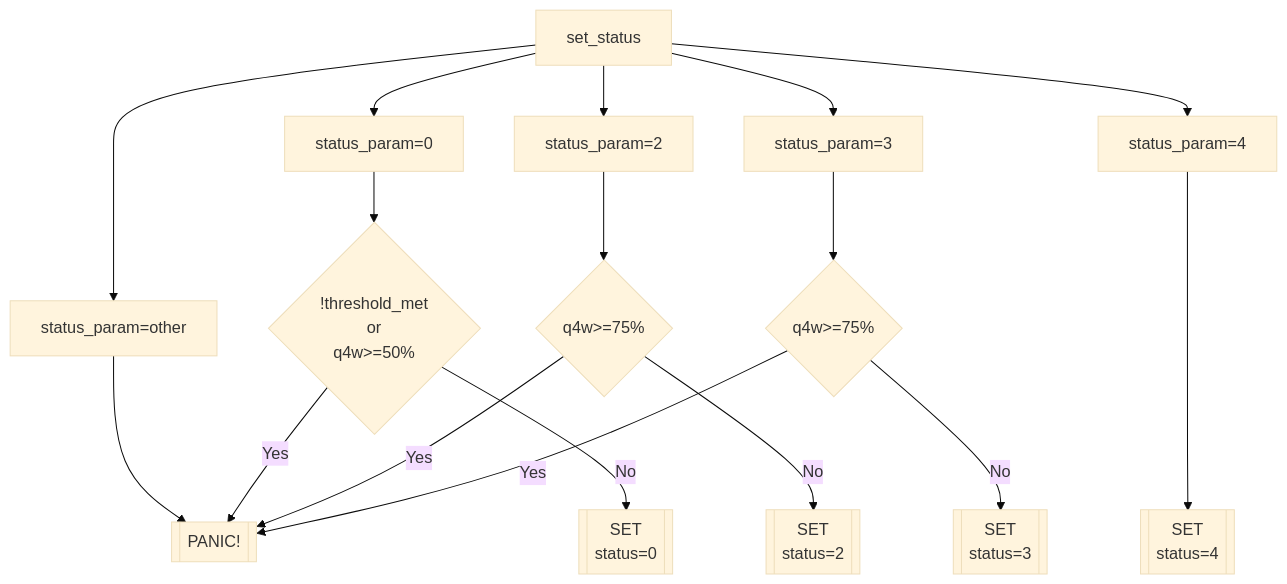
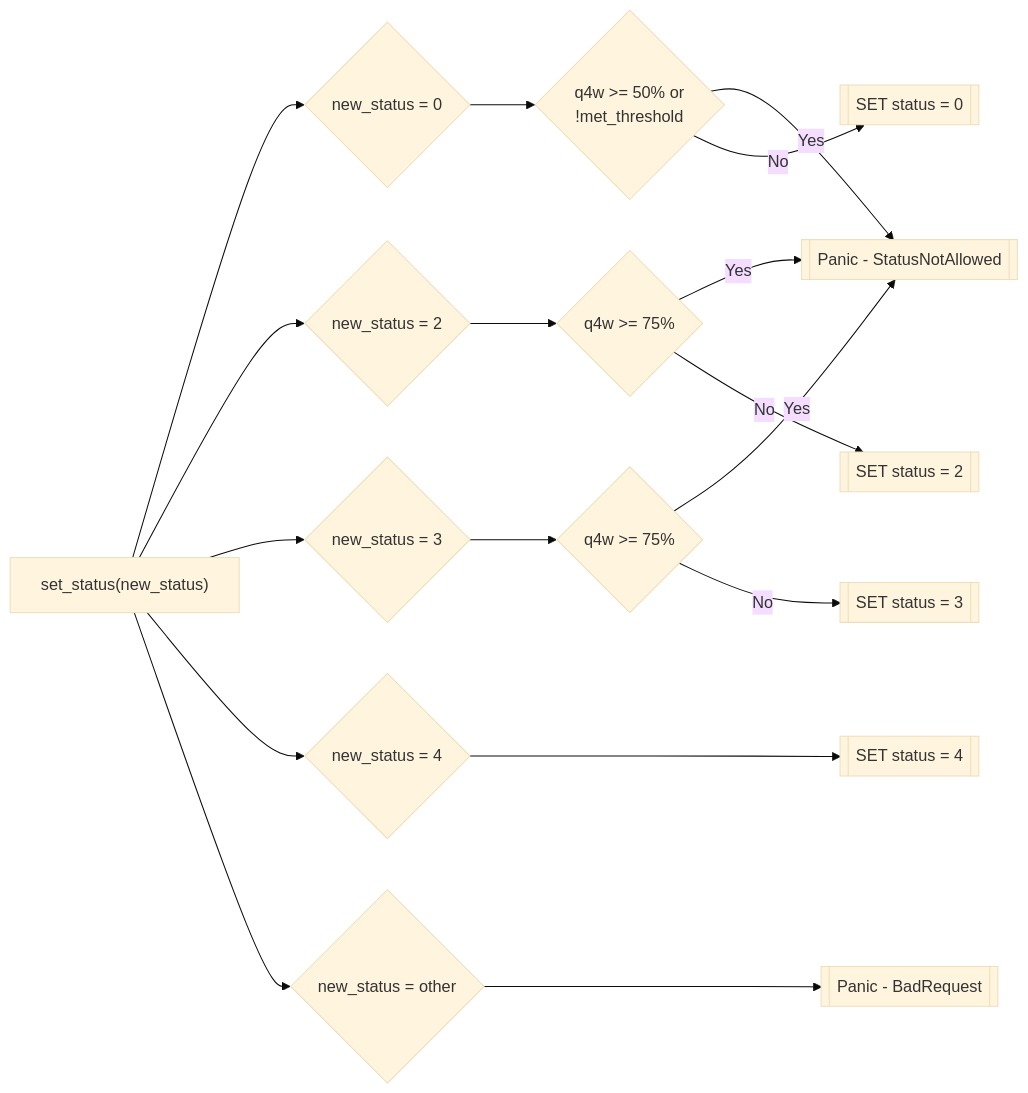
Before and after one commit to blend-capital/docs-v2: the second of 2 diagrams in tech-docs/core-contracts/lending-pool/pool-management.md, drawn with Mermaid (base theme). The commit also changed other lines of this file, not shown here.

Commit message:
chore: patch pool status flowcharts

````diff
--- a/tech-docs/core-contracts/lending-pool/pool-management.md
+++ b/tech-docs/core-contracts/lending-pool/pool-management.md
@@ -54,26 +47,19 @@
 ```mermaid
-flowchart TB
-    A[set_status] --> B[status_param=0]
-    A --> C[status_param=2]
-    A --> D[status_param=3]
-    A --> E[status_param=4]
-    A --> F[status_param=other]
-    F --> G[[PANIC!]]
-    B --> H{"!threshold_met
-    or
-    q4w>=50%"}
-    H -->|Yes| G
-    H -->|No| I[["SET
-    status=0"]]
-    C --> J{q4w>=75%}
-    J -->|Yes| G
-    J -->|No| K[["SET
-    status=2"]]
-    D --> L{q4w>=75%}
-    L -->|Yes| G
-    L -->|No| M[["SET
-    status=3"]]
-    E ---> N[["SET
-    status=4"]]
-
+flowchart LR
+    A["set_status(new_status)"] --> B{new_status = 0}
+    A --> C{new_status = 2}
+    A --> D{new_status = 3}
+    A --> E{new_status = 4}
+    A --> F{new_status = other}
+    B --> G{q4w >= 50% or</br>!met_threshold}
+    C --> H{q4w >= 75%}
+    D --> I{q4w >= 75%}
+    E ---> J[["SET status = 4"]]
+    F ---> K[["Panic - BadRequest"]]
+    G -->|Yes| L[["Panic - StatusNotAllowed"]]
+    G -->|No| M[["SET status = 0"]]
+    H -->|Yes| L
+    H -->|No| N[["SET status = 2"]]
+    I -->|Yes| L
+    I -->|No| O[["SET status = 3"]]
 ```
````
